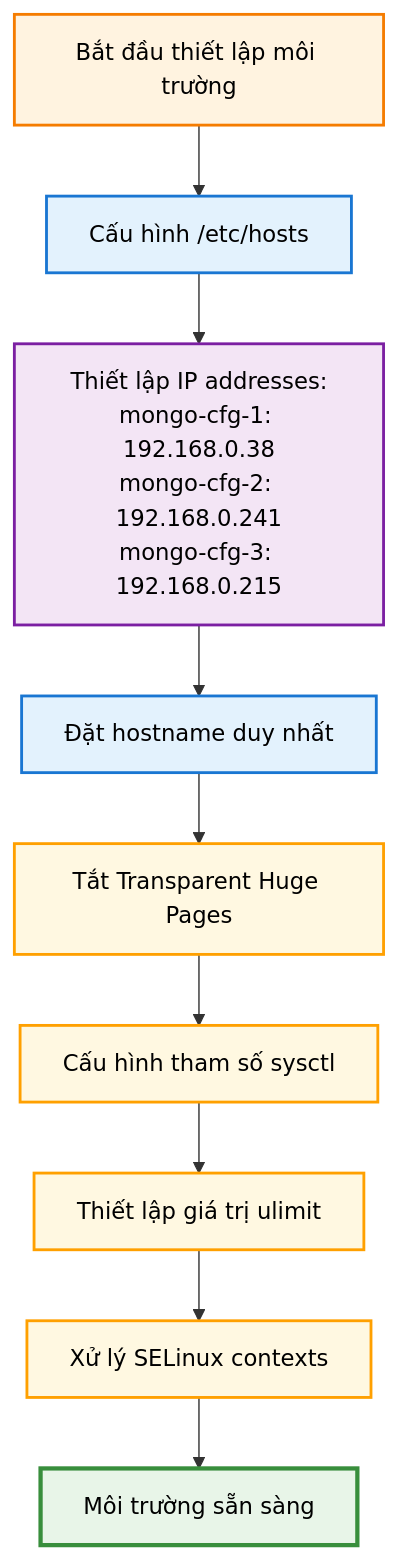
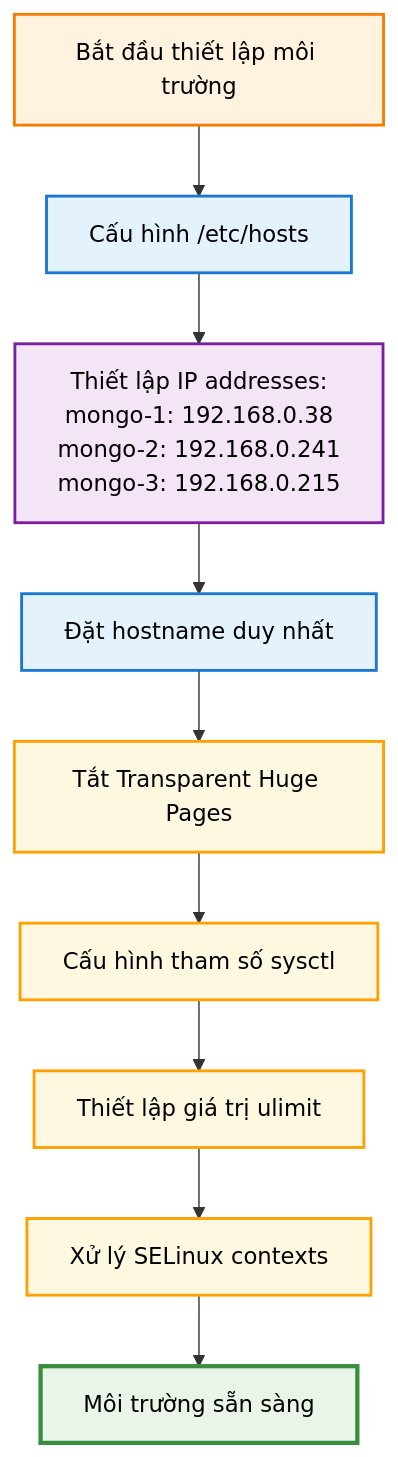
Before and after one commit to ngockhanhvd2812/DBA: the second of 18 diagrams in DB/Mongo-Sharding/mongo-sharding-practice.md, drawn with Mermaid. The commit also changed other lines of this file, not shown here.

````diff
--- a/DB/Mongo-Sharding/mongo-sharding-practice.md
+++ b/DB/Mongo-Sharding/mongo-sharding-practice.md
@@ -148,25 +148,25 @@
 ```mermaid
 flowchart TD
     A["Bắt đầu thiết lập môi trường"] --> B["Cấu hình /etc/hosts"]
-    B --> B1["Thiết lập IP addresses:<br/>mongo-cfg-1: 192.168.0.38<br/>mongo-cfg-2: 192.168.0.241<br/>mongo-cfg-3: 192.168.0.215"]
+    B --> B1["Thiết lập IP addresses:<br/>mongo-1: 192.168.0.38<br/>mongo-2: 192.168.0.241<br/>mongo-3: 192.168.0.215"]
     B1 --> C["Đặt hostname duy nhất"]
     C --> D["Tắt Transparent Huge Pages"]
     D --> E["Cấu hình tham số sysctl"]
     E --> F["Thiết lập giá trị ulimit"]
     F --> G["Xử lý SELinux contexts"]
     G --> H["Môi trường sẵn sàng"]
     
     %% Định nghĩa style classes
     classDef startNode fill:#fff3e0,stroke:#f57c00,stroke-width:2px,color:#000
     classDef configNode fill:#e3f2fd,stroke:#1976d2,stroke-width:2px,color:#000
     classDef detailNode fill:#f3e5f5,stroke:#7b1fa2,stroke-width:2px,color:#000
     classDef systemNode fill:#fff8e1,stroke:#ffa000,stroke-width:2px,color:#000
     classDef endNode fill:#e8f5e8,stroke:#388e3c,stroke-width:3px,color:#000
     
     %% Áp dụng styles
     class A startNode
     class B,C configNode
     class B1 detailNode
     class D,E,F,G systemNode
     class H endNode
 ```
````
